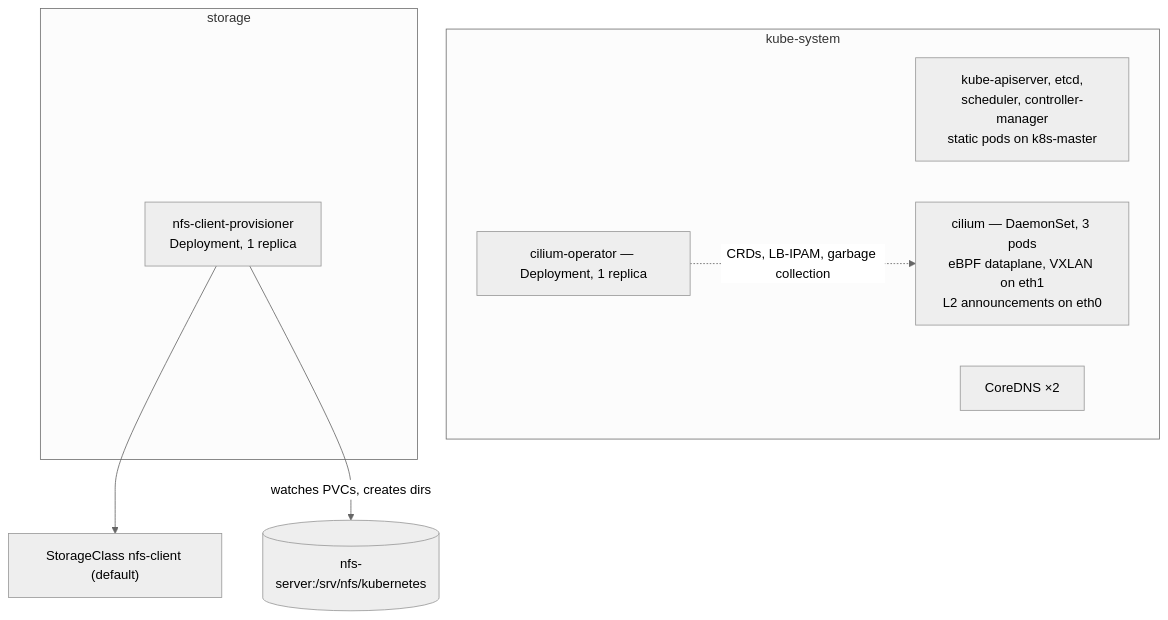
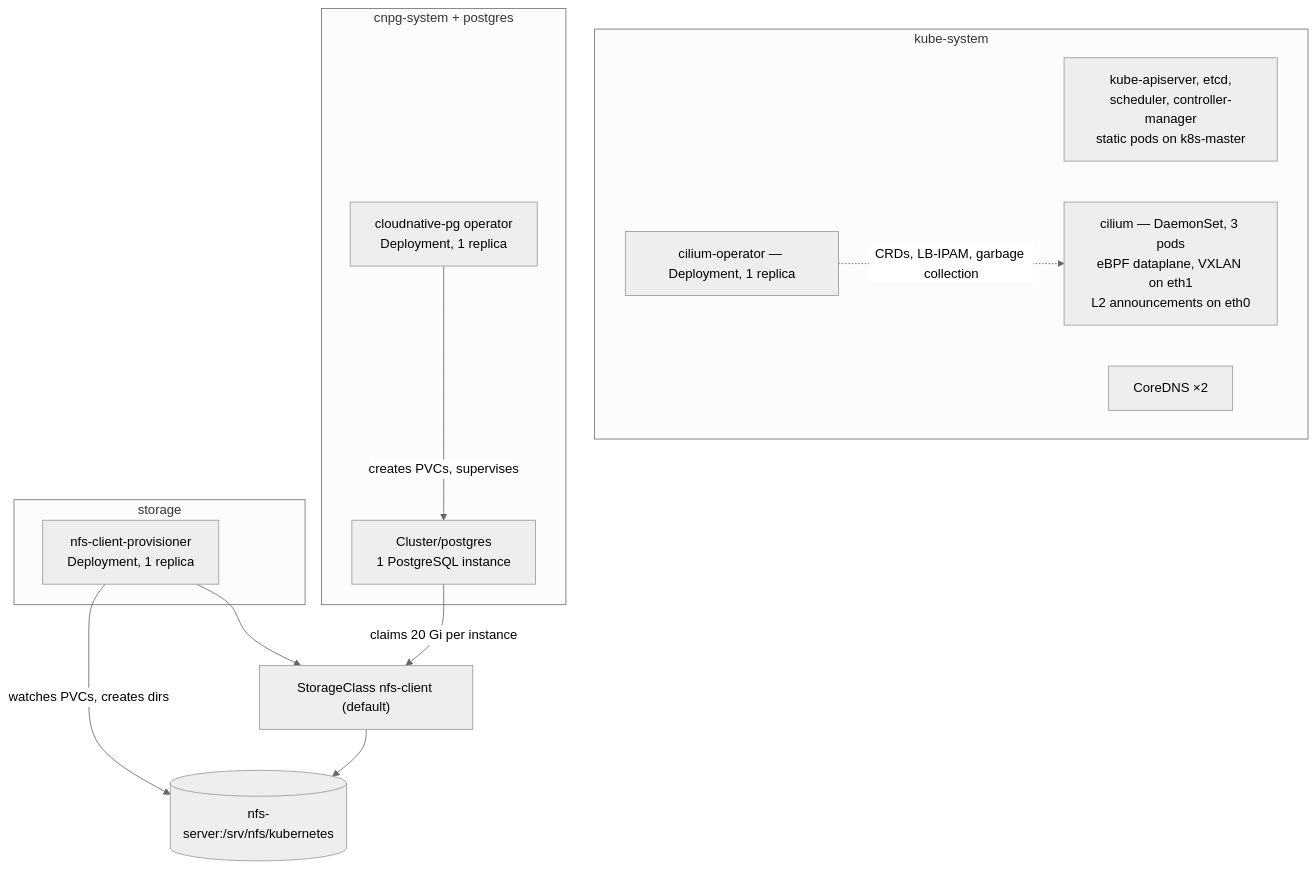
The third of 3 diagrams in docs/architecture.md (TheElysium/homelab), drawn with Mermaid (neutral theme) before and after one commit. The commit also changed other lines of this file and 11 other files, not shown here.

Commit message:
CloudnativePG operator + monitoring

````diff
--- a/docs/architecture.md
+++ b/docs/architecture.md
@@ -188,18 +189,25 @@
 ```mermaid
 flowchart TB
     subgraph NS1["kube-system"]
         API["kube-apiserver, etcd,<br/>scheduler, controller-manager<br/>static pods on k8s-master"]
         DNS["CoreDNS ×2"]
         CIL["cilium — DaemonSet, 3 pods<br/>eBPF dataplane, VXLAN on eth1<br/>L2 announcements on eth0"]
         OP["cilium-operator — Deployment, 1 replica"]
     end
     subgraph NS3["storage"]
         PROV["nfs-client-provisioner<br/>Deployment, 1 replica"]
     end
+    subgraph NS4["cnpg-system + postgres"]
+        PGOP["cloudnative-pg operator<br/>Deployment, 1 replica"]
+        PG["Cluster/postgres<br/>1 PostgreSQL instance"]
+    end
     SC["StorageClass nfs-client (default)"]
     EXP[("nfs-server:/srv/nfs/kubernetes")]
 
     PROV --> SC
     PROV -->|watches PVCs, creates dirs| EXP
     OP -.->|CRDs, LB-IPAM, garbage collection| CIL
+    PGOP -->|creates PVCs, supervises| PG
+    PG -->|claims 20 Gi per instance| SC
+    SC --> EXP
 ```
````
